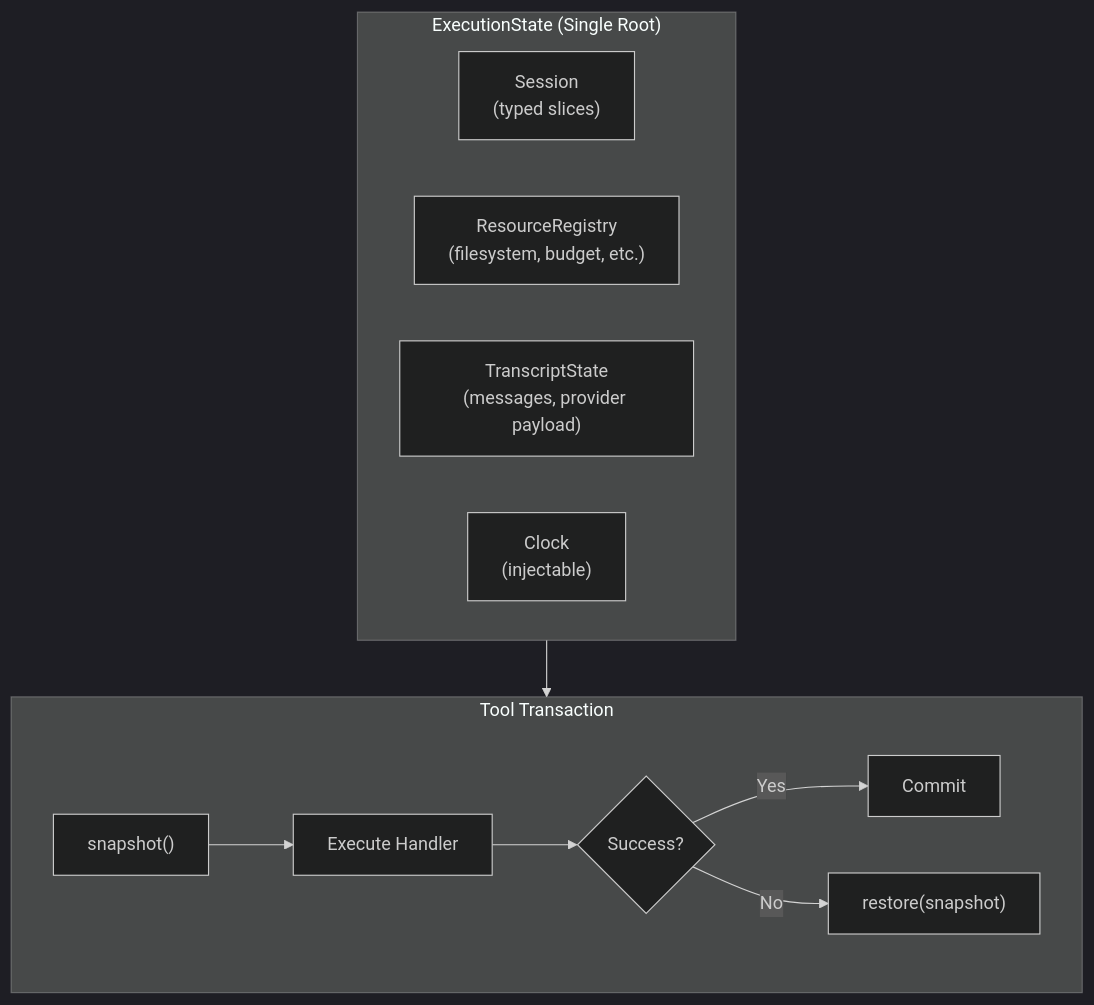
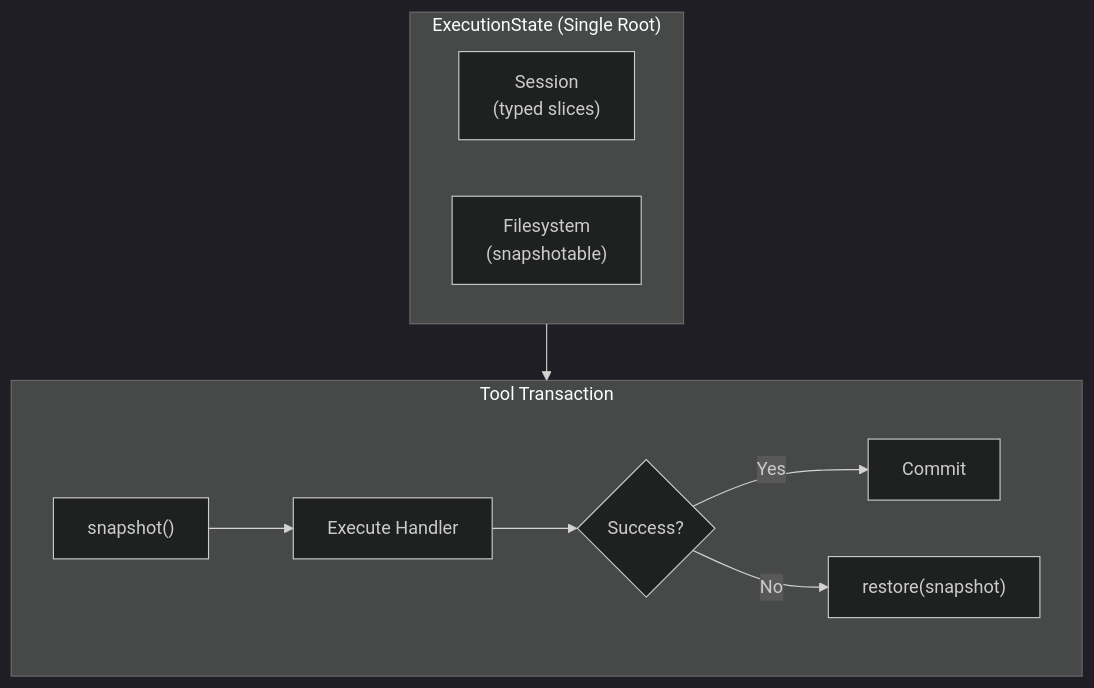
The first of 2 diagrams in specs/EXECUTION_STATE.md (weakincentives/weakincentives), drawn with Mermaid (dark theme) before and after one commit. The commit also changed other lines of this file, not shown here.

First line of the commit message:
Focus EXECUTION_STATE spec on Session and Filesystem only

````diff
--- a/specs/EXECUTION_STATE.md
+++ b/specs/EXECUTION_STATE.md
@@ -24,18 +24,16 @@
 ```mermaid
 flowchart TB
     subgraph ExecutionState["ExecutionState (Single Root)"]
         Session["Session<br/>(typed slices)"]
-        Resources["ResourceRegistry<br/>(filesystem, budget, etc.)"]
-        Transcript["TranscriptState<br/>(messages, provider payload)"]
-        Clock["Clock<br/>(injectable)"]
+        Filesystem["Filesystem<br/>(snapshotable)"]
     end
 
     subgraph Transaction["Tool Transaction"]
         Pre["snapshot()"] --> Execute["Execute Handler"]
         Execute --> Success{"Success?"}
         Success -->|Yes| Commit["Commit"]
         Success -->|No| Restore["restore(snapshot)"]
     end
 
     ExecutionState --> Transaction
 ```
````
